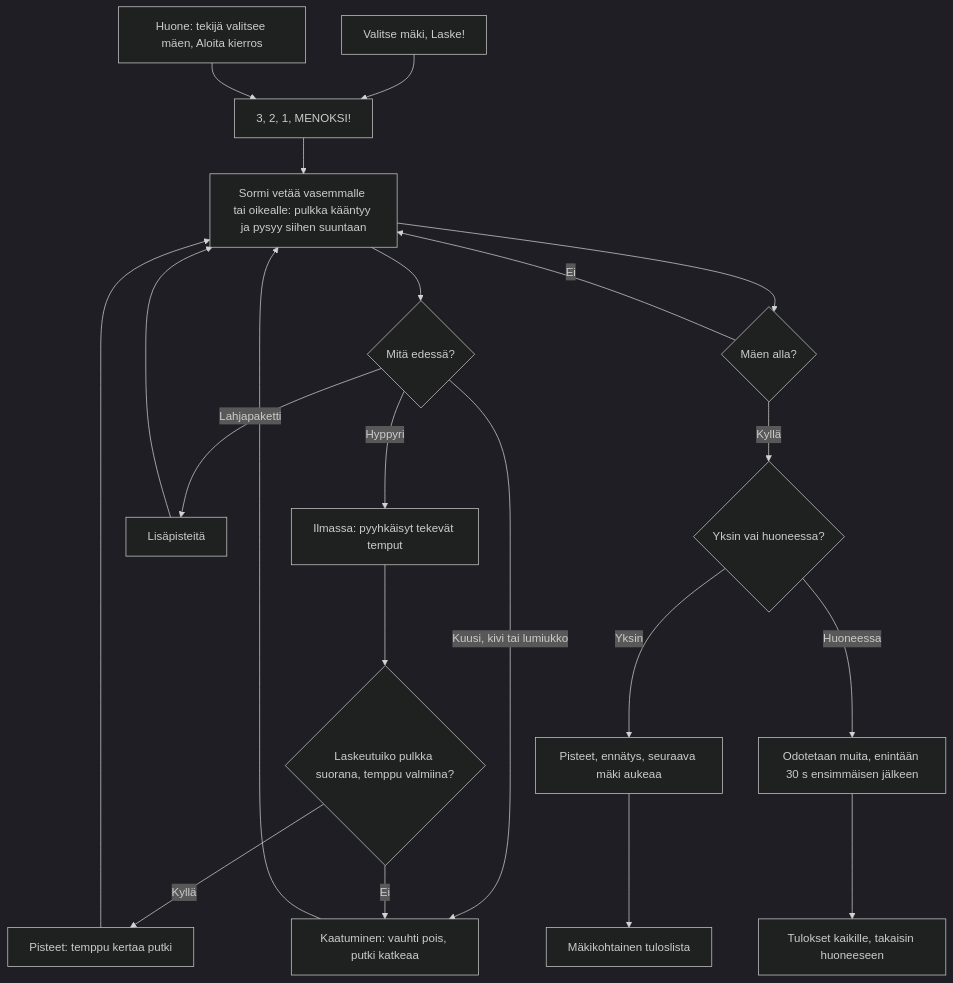
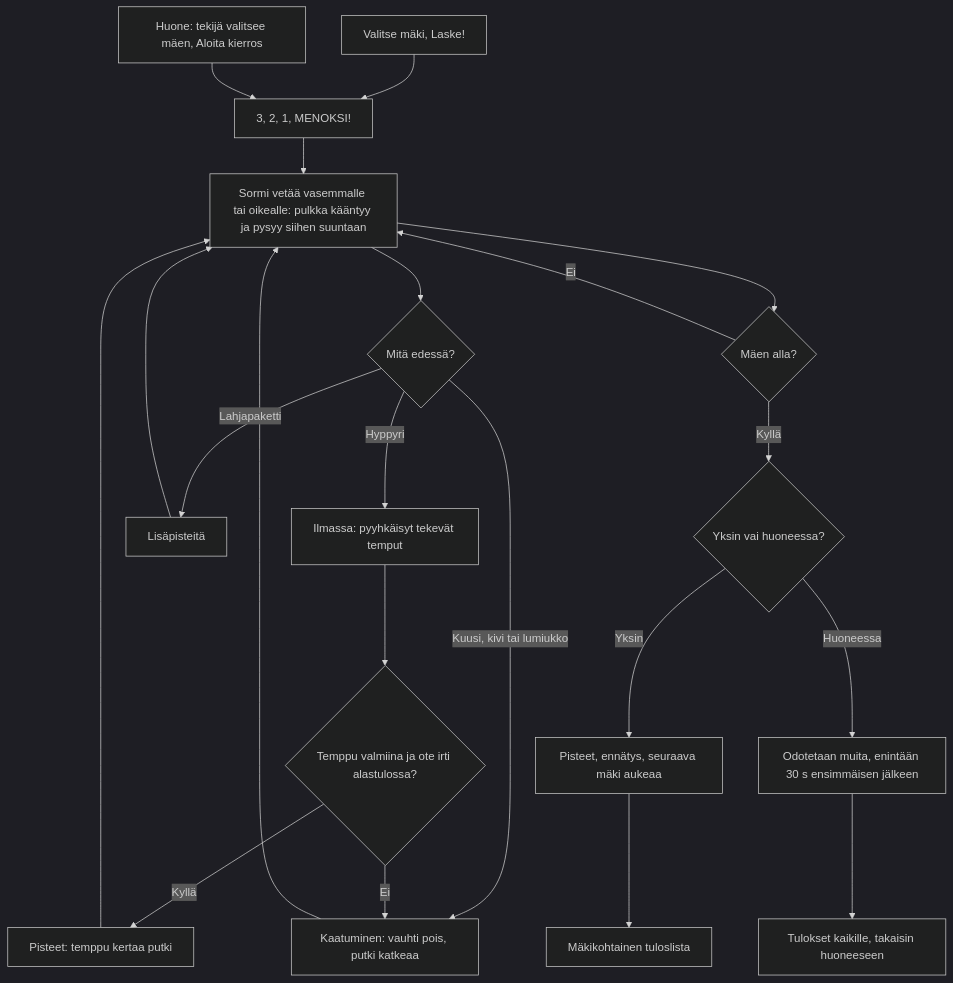
Before and after one commit to eerovil/ai-pelit: the diagram in docs/diagrams/pulkkamaki.md, drawn with Mermaid (dark theme). The commit also changed other lines of this file and 4 other files, not shown here.

````diff
--- a/docs/diagrams/pulkkamaki.md
+++ b/docs/diagrams/pulkkamaki.md
@@ -9,29 +9,29 @@
 ```mermaid
 flowchart TD
   A[Valitse mäki, Laske!] --> B[3, 2, 1, MENOKSI!]
   R[Huone: tekijä valitsee mäen, Aloita kierros] --> B
   B --> C[Sormi vetää vasemmalle tai oikealle: pulkka kääntyy ja pysyy siihen suuntaan]
   C --> D{Mitä edessä?}
   D -- Hyppyri --> E[Ilmassa: pyyhkäisyt tekevät temput]
   D -- Kuusi, kivi tai lumiukko --> F[Kaatuminen: vauhti pois, putki katkeaa]
   D -- Lahjapaketti --> G[Lisäpisteitä]
-  E --> H{Laskeutuiko pulkka suorana, temppu valmiina?}
+  E --> H{Temppu valmiina ja ote irti alastulossa?}
   H -- Kyllä --> I[Pisteet: temppu kertaa putki]
   H -- Ei --> F
   F --> C
   G --> C
   I --> C
   C --> M{Mäen alla?}
   M -- Ei --> C
   M -- Kyllä --> S{Yksin vai huoneessa?}
   S -- Yksin --> N[Pisteet, ennätys, seuraava mäki aukeaa]
   S -- Huoneessa --> U[Odotetaan muita, enintään 30 s ensimmäisen jälkeen]
   U --> V[Tulokset kaikille, takaisin huoneeseen]
   N --> Q[Mäkikohtainen tuloslista]
   class A,B,C blue
   class D,H,M,S amber
   class R,U,V violet
   class E,G,I teal
   class F rose
   class N,Q green
 ```
````
